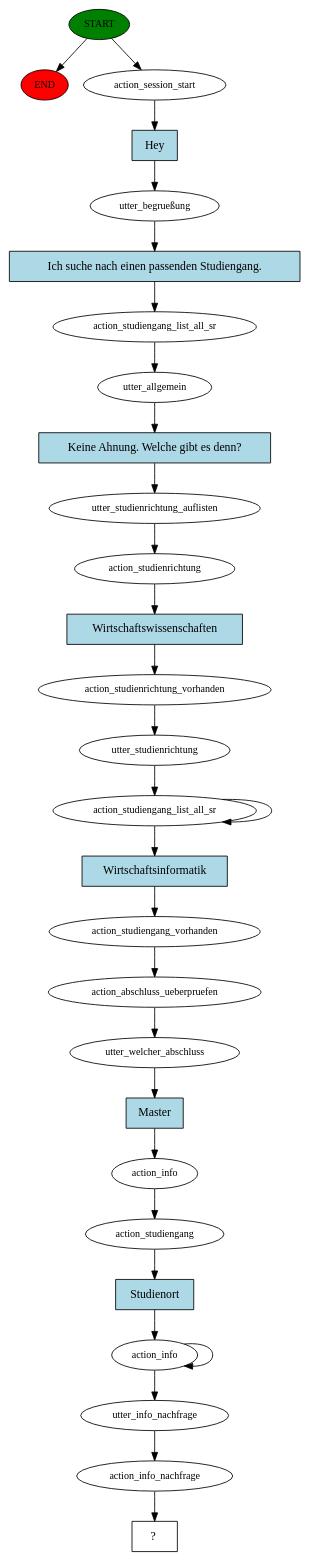
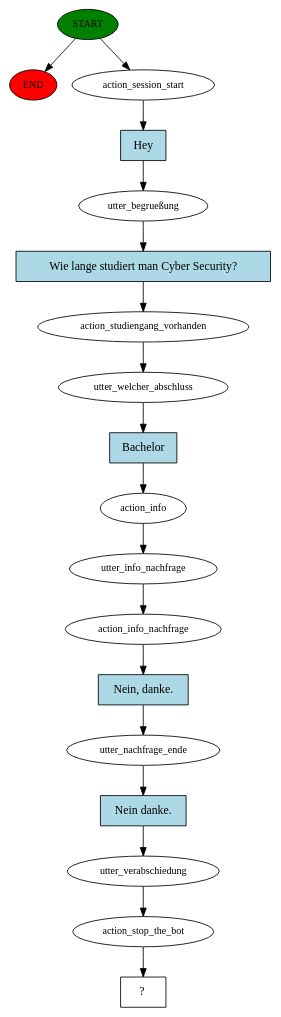
The diagram in story_graph.dot (phillipgraf/Luetke), drawn with Graphviz before and after one commit. The commit also changed 15 other files, not shown here.

```diff
--- a/story_graph.dot
+++ b/story_graph.dot
@@ -1,57 +1,37 @@
 digraph  {
 0 [class="start active", fillcolor=green, fontsize=12, label=START, style=filled];
 "-1" [class=end, fillcolor=red, fontsize=12, label=END, style=filled];
 1 [class=active, fontsize=12, label=action_session_start];
 2 [class=active, fontsize=12, label="utter_begrueßung"];
-3 [class=active, fontsize=12, label=action_studiengang_list_all_sr];
-4 [class=active, fontsize=12, label=utter_allgemein];
-5 [class=active, fontsize=12, label=utter_studienrichtung_auflisten];
-6 [class=active, fontsize=12, label=action_studienrichtung];
-7 [class=active, fontsize=12, label=action_studienrichtung_vorhanden];
-8 [class=active, fontsize=12, label=utter_studienrichtung];
-9 [class=active, fontsize=12, label=action_studiengang_list_all_sr];
-13 [class=active, fontsize=12, label=action_studiengang_vorhanden];
-14 [class=active, fontsize=12, label=action_abschluss_ueberpruefen];
-15 [class=active, fontsize=12, label=utter_welcher_abschluss];
-16 [class=active, fontsize=12, label=action_info];
-17 [class=active, fontsize=12, label=action_studiengang];
-18 [class=active, fontsize=12, label=action_info];
-20 [class=active, fontsize=12, label=utter_info_nachfrage];
-21 [class=active, fontsize=12, label=action_info_nachfrage];
-22 [class="intent dashed active", label="  ?  ", shape=rect];
-23 [class="intent active", fillcolor=lightblue, label=Hey, shape=rect, style=filled];
-24 [class="intent active", fillcolor=lightblue, label="Ich suche nach einen passenden Studiengang.", shape=rect, style=filled];
-25 [class="intent active", fillcolor=lightblue, label="Keine Ahnung. Welche gibt es denn?", shape=rect, style=filled];
-26 [class="intent active", fillcolor=lightblue, label=Wirtschaftswissenschaften, shape=rect, style=filled];
-27 [class="intent active", fillcolor=lightblue, label=Wirtschaftsinformatik, shape=rect, style=filled];
-28 [class="intent active", fillcolor=lightblue, label=Master, shape=rect, style=filled];
-29 [class="intent active", fillcolor=lightblue, label=Studienort, shape=rect, style=filled];
+3 [class=active, fontsize=12, label=action_studiengang_vorhanden];
+4 [class=active, fontsize=12, label=utter_welcher_abschluss];
+5 [class=active, fontsize=12, label=action_info];
+6 [class=active, fontsize=12, label=utter_info_nachfrage];
+7 [class=active, fontsize=12, label=action_info_nachfrage];
+8 [class=active, fontsize=12, label=utter_nachfrage_ende];
+9 [class=active, fontsize=12, label=utter_verabschiedung];
+10 [class=active, fontsize=12, label=action_stop_the_bot];
+11 [class="intent dashed active", label="  ?  ", shape=rect];
+12 [class="intent active", fillcolor=lightblue, label=Hey, shape=rect, style=filled];
+13 [class="intent active", fillcolor=lightblue, label="Wie lange studiert man Cyber Security?", shape=rect, style=filled];
+14 [class="intent active", fillcolor=lightblue, label=Bachelor, shape=rect, style=filled];
+15 [class="intent active", fillcolor=lightblue, label="Nein, danke.", shape=rect, style=filled];
+16 [class="intent active", fillcolor=lightblue, label="Nein danke.", shape=rect, style=filled];
 0 -> "-1"  [class="", key=NONE, label=""];
 0 -> 1  [class=active, key=NONE, label=""];
-1 -> 23  [class=active, key=0];
-2 -> 24  [class=active, key=0];
+1 -> 12  [class=active, key=0];
+2 -> 13  [class=active, key=0];
 3 -> 4  [class=active, key=NONE, label=""];
-4 -> 25  [class=active, key=0];
+4 -> 14  [class=active, key=0];
 5 -> 6  [class=active, key=NONE, label=""];
-6 -> 26  [class=active, key=0];
-7 -> 8  [class=active, key=NONE, label=""];
-8 -> 9  [class=active, key=NONE, label=""];
-9 -> 9  [class=active, key=NONE, label=""];
-9 -> 27  [class=active, key=0];
-13 -> 14  [class=active, key=NONE, label=""];
-14 -> 15  [class=active, key=NONE, label=""];
-15 -> 28  [class=active, key=0];
-16 -> 17  [class=active, key=NONE, label=""];
-17 -> 29  [class=active, key=0];
-18 -> 20  [class=active, key=NONE, label=""];
-18 -> 18  [class=active, key=NONE, label=""];
-20 -> 21  [class=active, key=NONE, label=""];
-21 -> 22  [class=active, key=NONE, label=""];
-23 -> 2  [class=active, key=0];
-24 -> 3  [class=active, key=0];
-25 -> 5  [class=active, key=0];
-26 -> 7  [class=active, key=0];
-27 -> 13  [class=active, key=0];
-28 -> 16  [class=active, key=0];
-29 -> 18  [class=active, key=0];
+6 -> 7  [class=active, key=NONE, label=""];
+7 -> 15  [class=active, key=0];
+8 -> 16  [class=active, key=0];
+9 -> 10  [class=active, key=NONE, label=""];
+10 -> 11  [class=active, key=NONE, label=""];
+12 -> 2  [class=active, key=0];
+13 -> 3  [class=active, key=0];
+14 -> 5  [class=active, key=0];
+15 -> 8  [class=active, key=0];
+16 -> 9  [class=active, key=0];
 }
```
